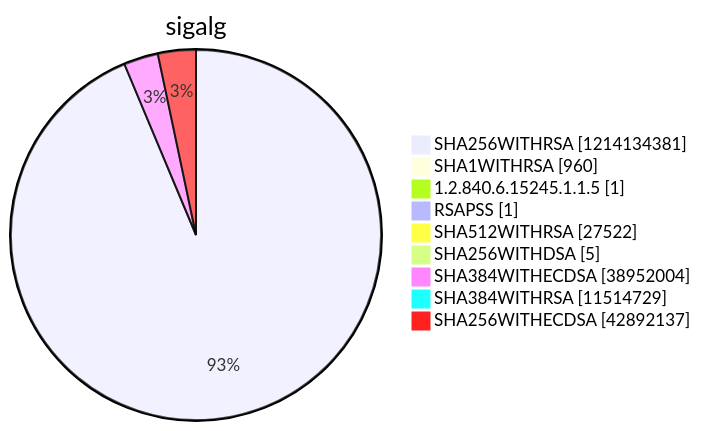
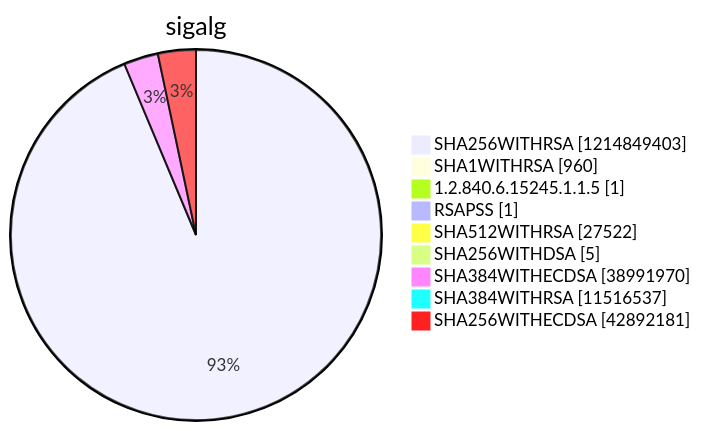
One commit to christiankrug/ctmonitor_visualization changed diagram 15 of 15 in argon2022/README.md. Above: the diagram before and after it, drawn with Mermaid. The commit also changed other lines of this file, not shown here.

````diff
--- a/argon2022/README.md
+++ b/argon2022/README.md
@@ -5521,13 +5521,13 @@
 ```mermaid
 pie showData
 title sigalg
-"SHA256WITHRSA" :1214134381
+"SHA256WITHRSA" :1214849403
 "SHA1WITHRSA" :960
 "1.2.840.6.15245.1.1.5" :1
 "RSAPSS" :1
 "SHA512WITHRSA" :27522
 "SHA256WITHDSA" :5
-"SHA384WITHECDSA" :38952004
-"SHA384WITHRSA" :11514729
-"SHA256WITHECDSA" :42892137
+"SHA384WITHECDSA" :38991970
+"SHA384WITHRSA" :11516537
+"SHA256WITHECDSA" :42892181
 ```
````
